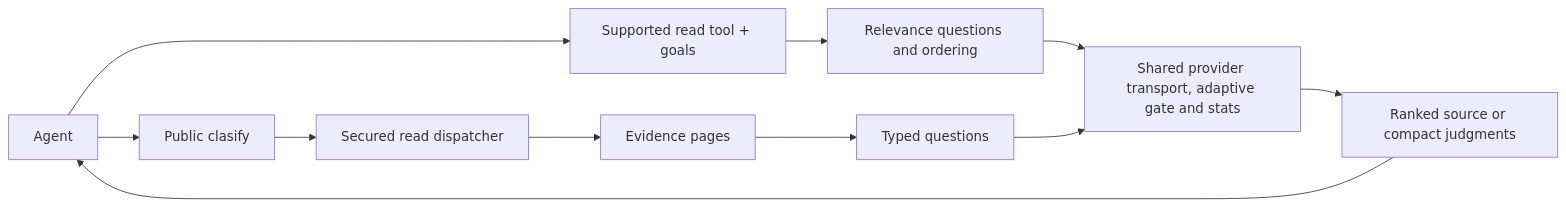
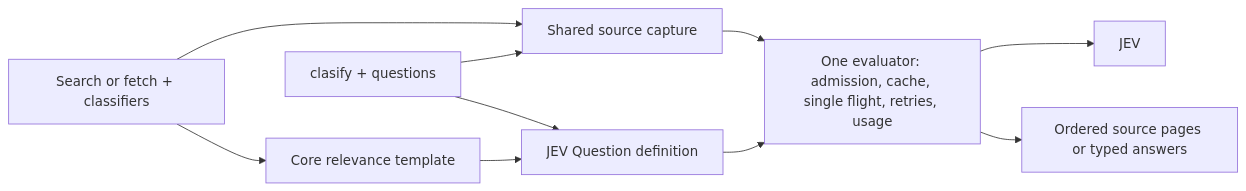
The second of 2 diagrams in docs/OCTOCODE_CLASIFY.md (bgauryy/octocode-mcp), drawn with Mermaid before and after one commit. The commit also changed other lines of this file and 980 other files, not shown here.

````diff
--- a/docs/OCTOCODE_CLASIFY.md
+++ b/docs/OCTOCODE_CLASIFY.md
@@ -157,12 +112,12 @@
 ```mermaid
 flowchart LR
-    A[Agent] --> G[Supported read tool + goals]
-    A --> C[Public clasify]
-    C --> D[Secured read dispatcher]
-    D --> E[Evidence pages]
-    G --> R[Relevance questions and ordering]
-    E --> Q[Typed questions]
-    R & Q --> P[Shared provider transport, adaptive gate and stats]
-    P --> O[Ranked source or compact judgments]
-    O --> A
+    R[Search or fetch + classifiers] --> T[Core relevance template]
+    C[clasify + questions] --> Q[JEV Question definition]
+    T --> Q
+    R --> S[Shared source capture]
+    C --> S
+    S --> E[One evaluator: admission, cache, single flight, retries, usage]
+    Q --> E
+    E --> J[JEV]
+    E --> O[Ordered source pages or typed answers]
 ```
````
